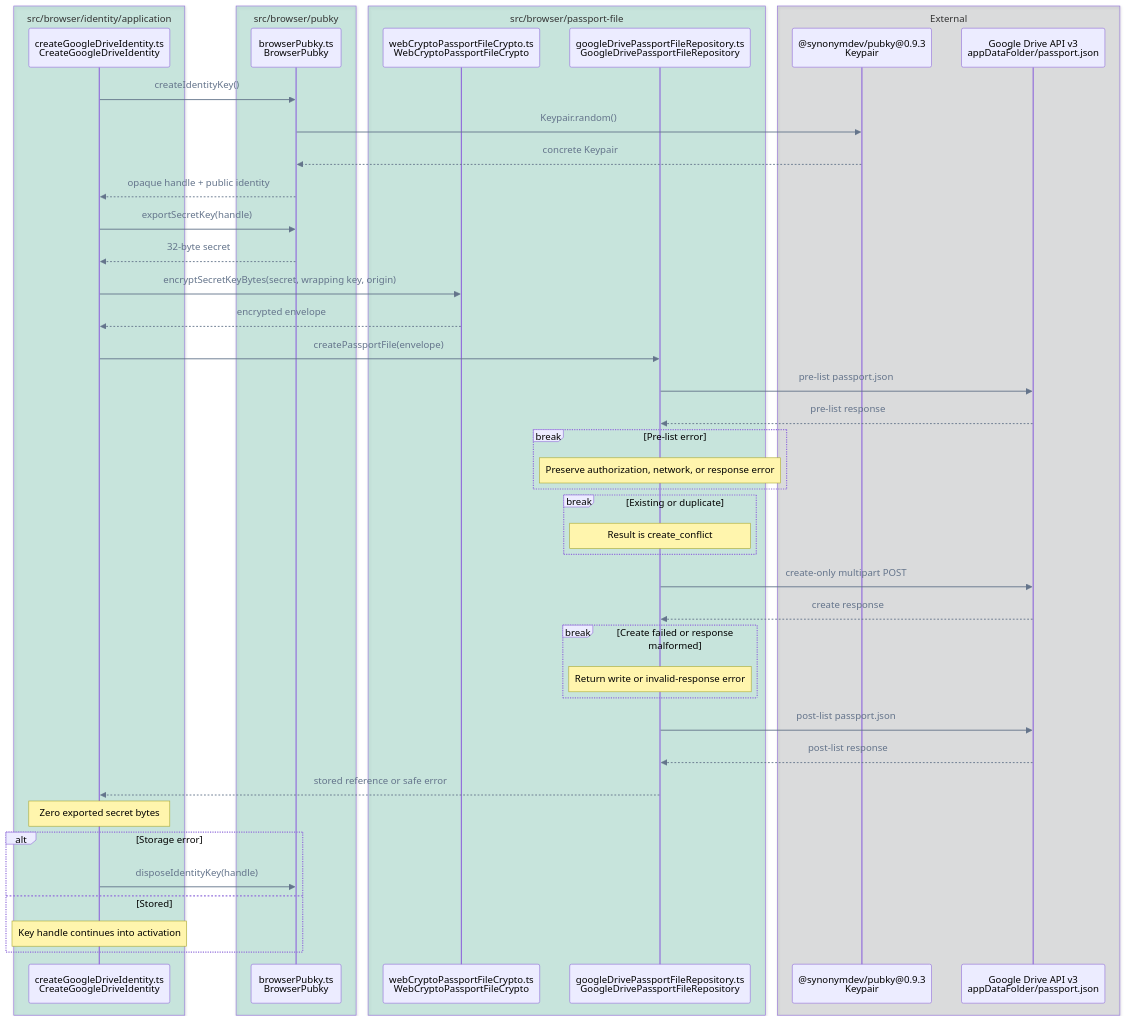
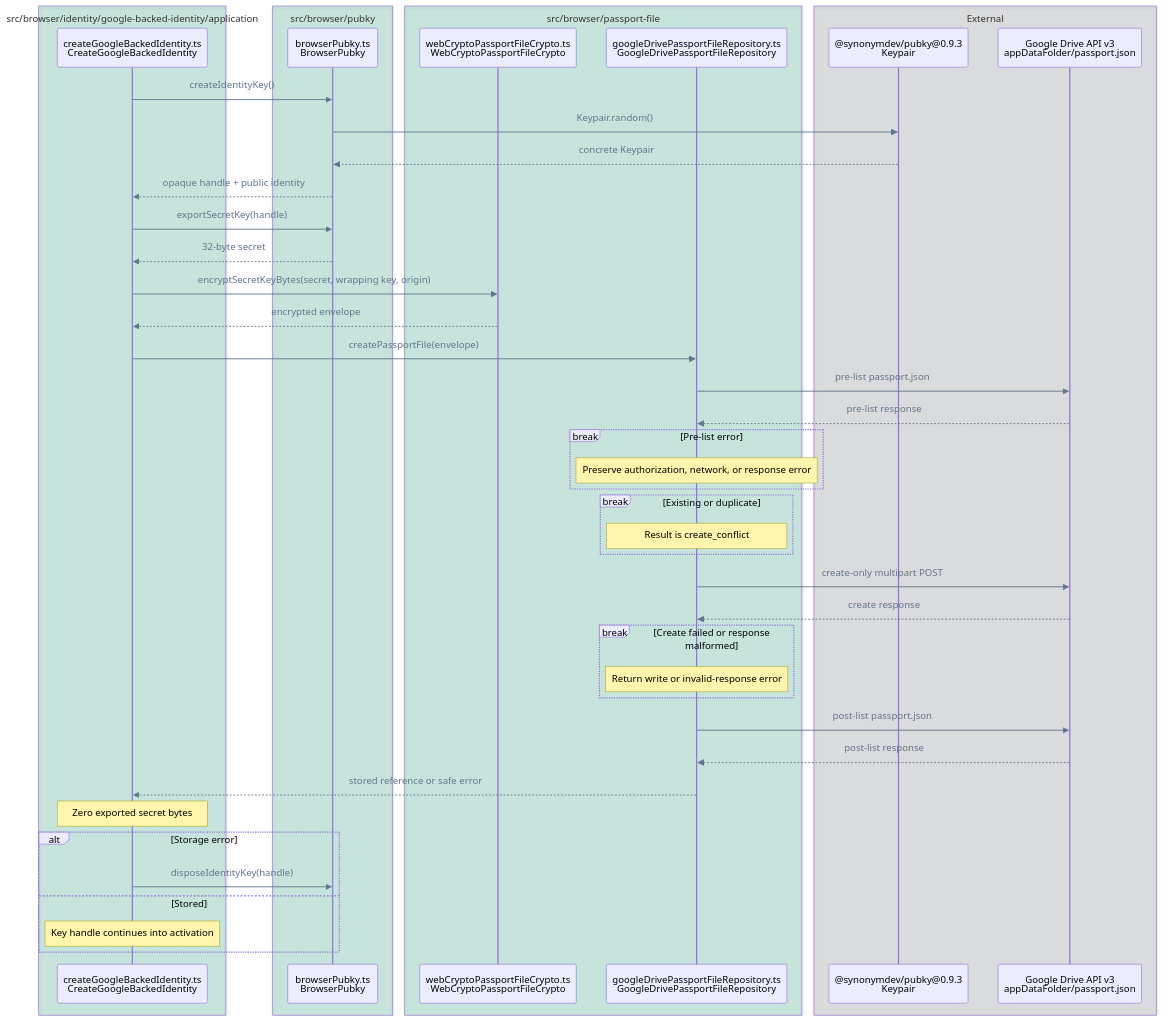
The tenth of 14 diagrams in FLOWS.md (pubky/pubky-passport), drawn with Mermaid before and after one commit. The commit also changed other lines of this file and 24 other files, not shown here.

Commit message:
refactor: colocate google-backed identity lifecycle

````diff
--- a/FLOWS.md
+++ b/FLOWS.md
@@ -492,52 +496,52 @@
 ```mermaid
 %%{init: {"themeVariables": {"signalColor": "#64748B", "signalTextColor": "#64748B"}}}%%
 sequenceDiagram
     accTitle: Missing identity encryption and Drive storage call flow
-    accDescr: CreateGoogleDriveIdentity asks BrowserPubky and the Pubky SDK for a new key and exported secret, encrypts the secret through PassportFileCrypto, creates the encrypted Drive file through the Drive repository, and then zeros the exported bytes.
-    box rgba(0, 158, 115, 0.18) src/browser/identity/application
-        participant Creator as createGoogleDriveIdentity.ts<br/>CreateGoogleDriveIdentity
+    accDescr: CreateGoogleBackedIdentity asks BrowserPubky and the Pubky SDK for a new key and exported secret, encrypts the secret through PassportFileCrypto, creates the encrypted Drive file through the Drive repository, and then zeros the exported bytes.
+    box rgba(0, 158, 115, 0.18) src/browser/identity/google-backed-identity/application
+        participant Creator as createGoogleBackedIdentity.ts<br/>CreateGoogleBackedIdentity
     end
     box rgba(0, 158, 115, 0.18) src/browser/pubky
         participant Pubky as browserPubky.ts<br/>BrowserPubky
     end
     box rgba(0, 158, 115, 0.18) src/browser/passport-file
         participant Crypto as webCryptoPassportFileCrypto.ts<br/>WebCryptoPassportFileCrypto
         participant DriveRepo as googleDrivePassportFileRepository.ts<br/>GoogleDrivePassportFileRepository
     end
     box rgba(17, 24, 39, 0.12) External
         participant SDK as @synonymdev/pubky@0.9.3<br/>Keypair
         participant Drive as Google Drive API v3<br/>appDataFolder/passport.json
     end
 
     Creator->>Pubky: createIdentityKey()
     Pubky->>SDK: Keypair.random()
     SDK-->>Pubky: concrete Keypair
     Pubky-->>Creator: opaque handle + public identity
     Creator->>Pubky: exportSecretKey(handle)
     Pubky-->>Creator: 32-byte secret
     Creator->>Crypto: encryptSecretKeyBytes(secret, wrapping key, origin)
     Crypto-->>Creator: encrypted envelope
     Creator->>DriveRepo: createPassportFile(envelope)
     DriveRepo->>Drive: pre-list passport.json
     Drive-->>DriveRepo: pre-list response
     break Pre-list error
         Note over DriveRepo: Preserve authorization, network, or response error
     end
     break Existing or duplicate
         Note over DriveRepo: Result is create_conflict
     end
     DriveRepo->>Drive: create-only multipart POST
     Drive-->>DriveRepo: create response
     break Create failed or response malformed
         Note over DriveRepo: Return write or invalid-response error
     end
     DriveRepo->>Drive: post-list passport.json
     Drive-->>DriveRepo: post-list response
     DriveRepo-->>Creator: stored reference or safe error
     Note over Creator: Zero exported secret bytes
     alt Storage error
         Creator->>Pubky: disposeIdentityKey(handle)
     else Stored
         Note over Creator: Key handle continues into activation
     end
 ```
````
